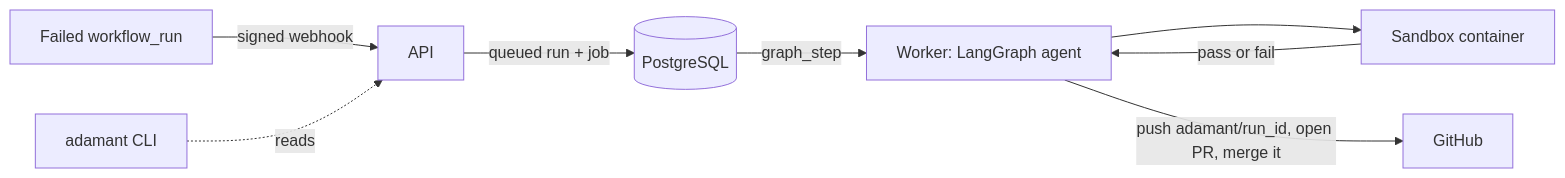
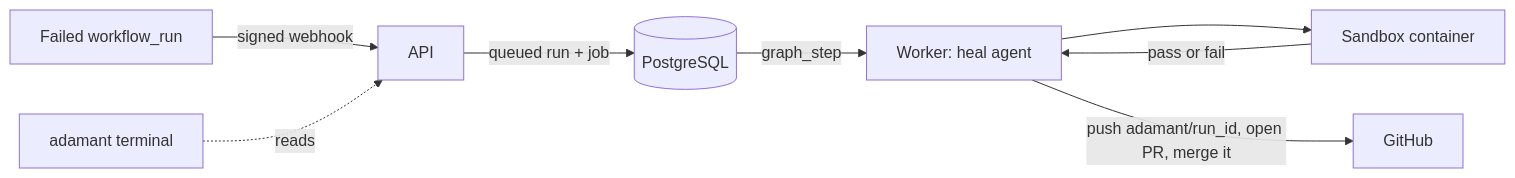
One commit to RajKachhadiya-10/adamant changed the diagram in README.md. Above: the diagram before and after it, drawn with Mermaid. The commit also changed other lines of this file and 33 other files, not shown here.

````diff
--- a/README.md
+++ b/README.md
@@ -20,10 +20,10 @@
 ```mermaid
 flowchart LR
   Red[Failed workflow_run] -->|signed webhook| Api[API]
   Api -->|queued run + job| Pg[(PostgreSQL)]
-  Pg -->|graph_step| Worker[Worker: LangGraph agent]
+  Pg -->|graph_step| Worker[Worker: heal agent]
   Worker --> Box[Sandbox container]
   Box -->|pass or fail| Worker
   Worker -->|push adamant/run_id, open PR, merge it| Gh[GitHub]
-  Cli[adamant CLI] -. reads .-> Api
+  Tui[adamant terminal] -. reads .-> Api
 ```
````
